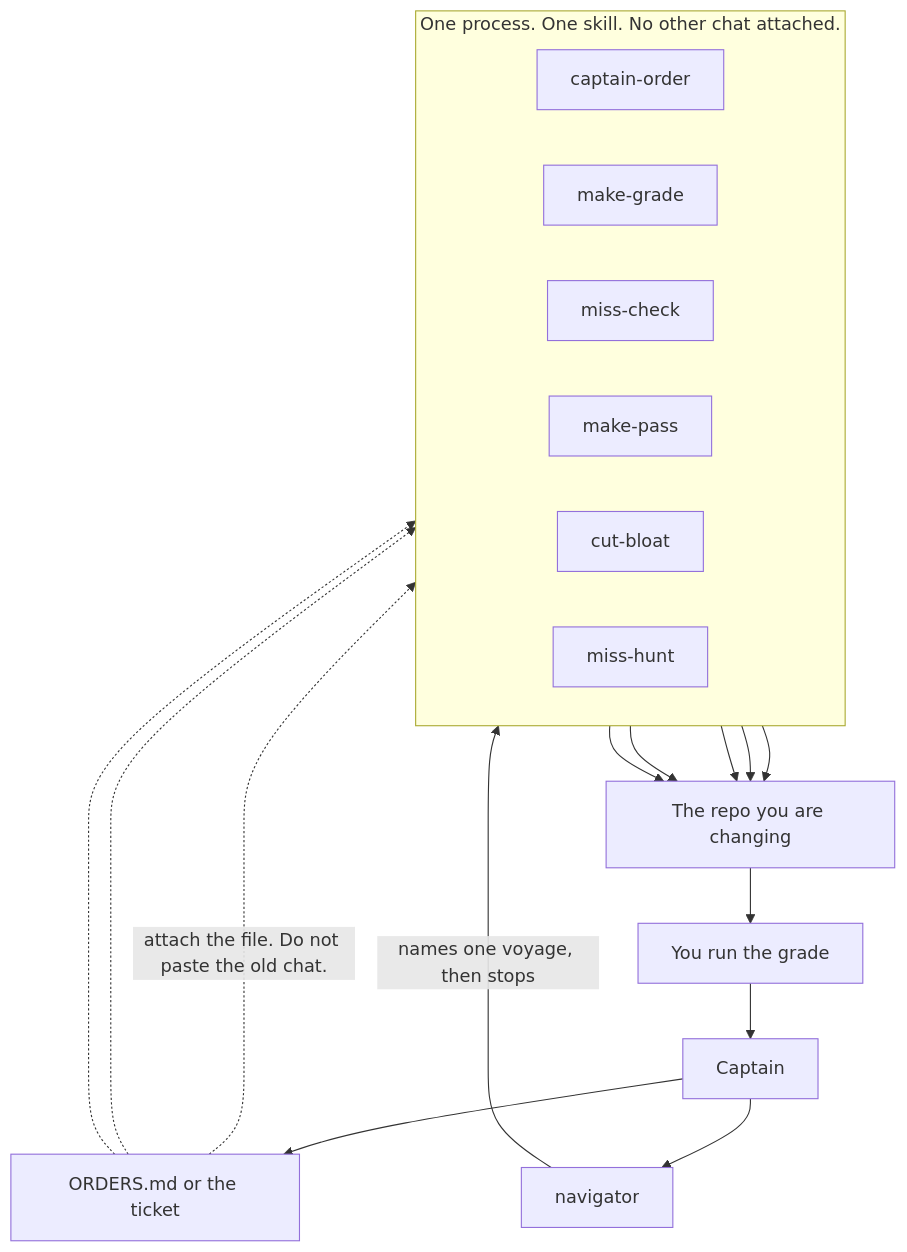
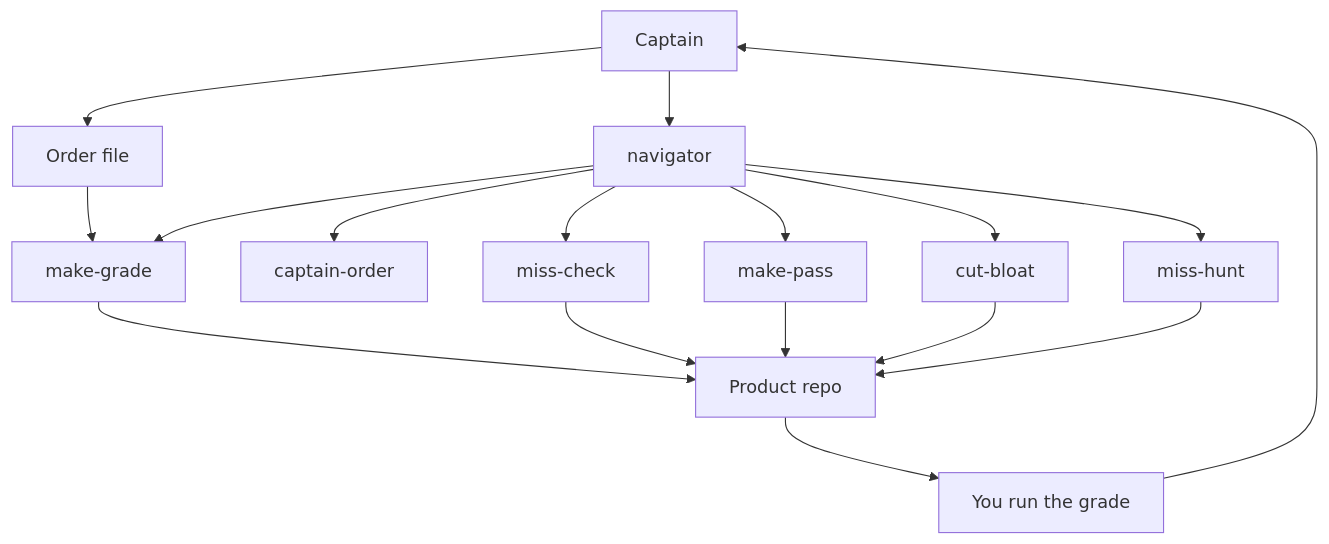
One commit to marctheshark3/captain-skills changed the first of 4 diagrams in docs/guide.md. Above: the diagram before and after it, drawn with Mermaid. The commit also changed other lines of this file and 5 other files, not shown here.

````diff
--- a/docs/guide.md
+++ b/docs/guide.md
@@ -13,34 +17,19 @@
 ```mermaid
 flowchart TB
-  you["Captain"]
-  order["ORDERS.md or the ticket"]
-  nav["navigator"]
-  you --> order
-  you --> nav
-
-  subgraph ship ["One process. One skill. No other chat attached."]
-    direction LR
-    co["captain-order"]
-    mg["make-grade"]
-    mc["miss-check"]
-    mp["make-pass"]
-    cb["cut-bloat"]
-    mh["miss-hunt"]
-  end
-
-  nav -->|"names one voyage, then stops"| ship
-  order -.->|"attach the file. Do not paste the old chat."| mg
-  order -.-> mc
-  order -.-> mh
-
-  repo["The repo you are changing"]
-  mg --> repo
+  you[Captain] --> order[Order file]
+  you --> nav[navigator]
+  order --> mg[make-grade]
+  nav --> co[captain-order]
+  nav --> mg
+  nav --> mc[miss-check]
+  nav --> mp[make-pass]
+  nav --> cb[cut-bloat]
+  nav --> mh[miss-hunt]
+  mg --> repo[Product repo]
   mc --> repo
   mp --> repo
   cb --> repo
   mh --> repo
-
-  grade["You run the grade"]
-  repo --> grade
+  repo --> grade[You run the grade]
   grade --> you
 ```
````
